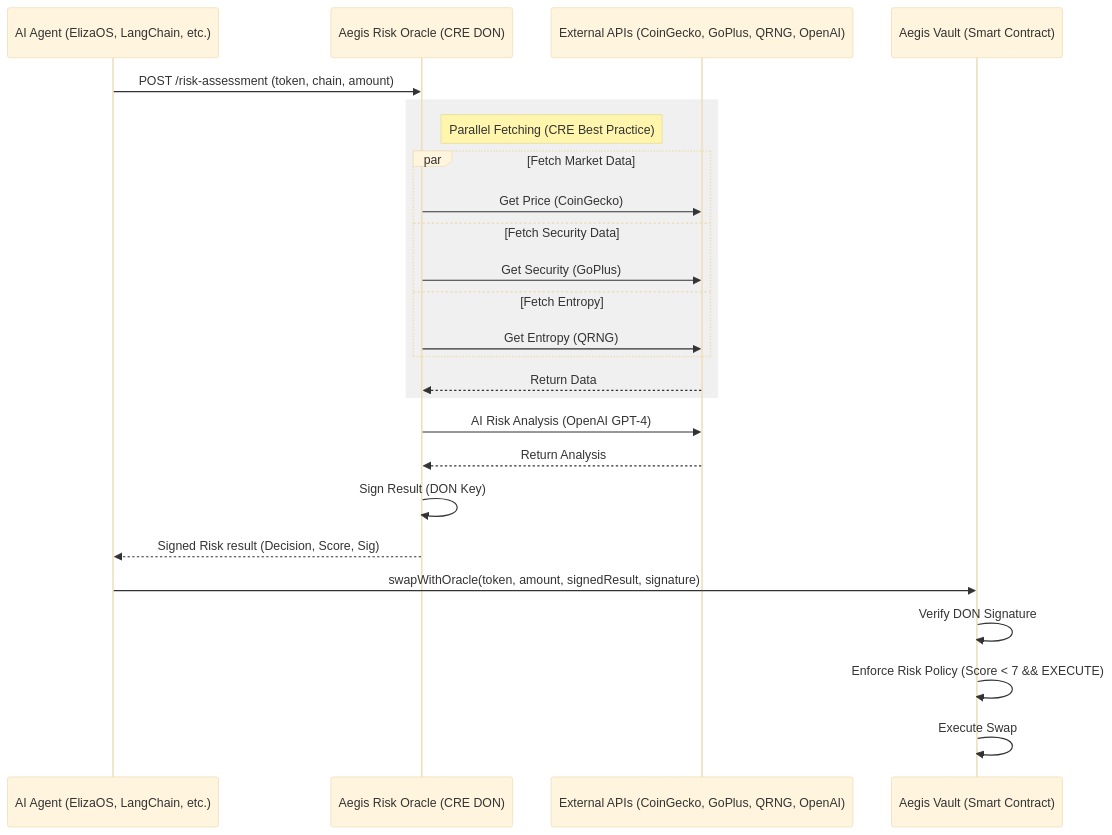
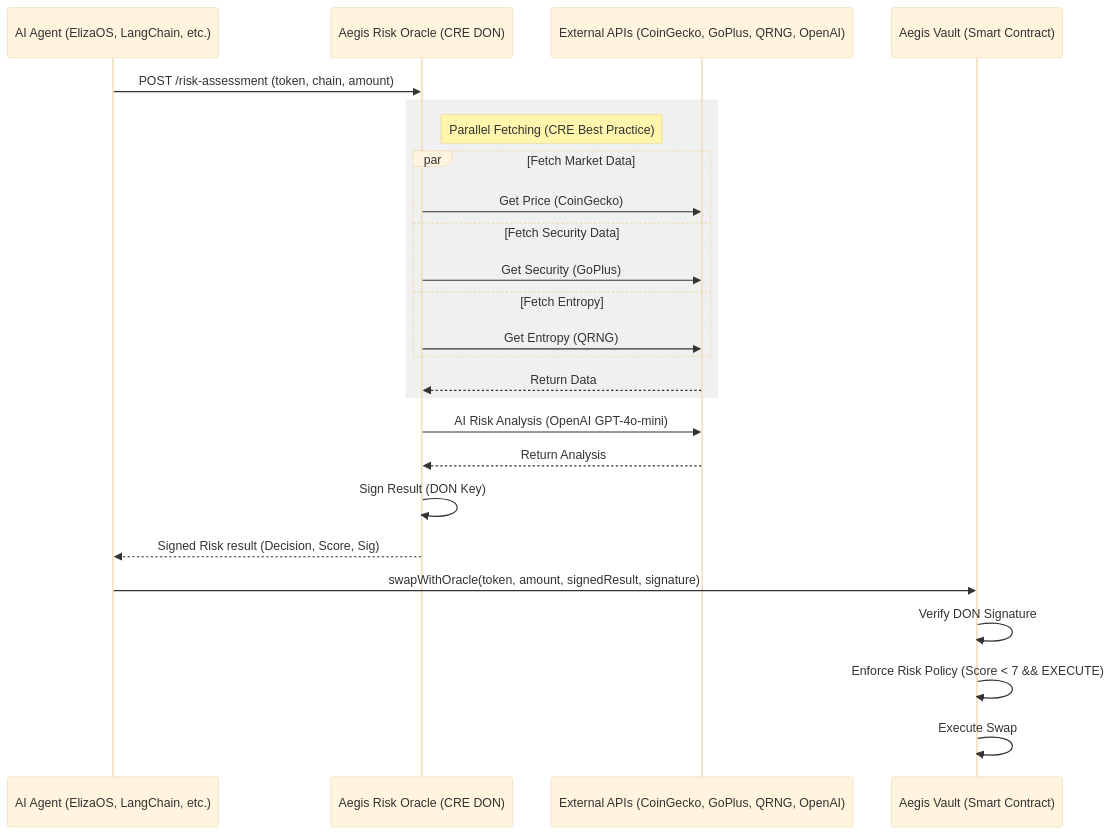
One commit to vjb/aegis-risk-oracle changed the second of 3 diagrams in README.md. Above: the diagram before and after it, drawn with Mermaid (base theme). The commit also changed other lines of this file, not shown here.

````diff
--- a/README.md
+++ b/README.md
@@ -56,32 +67,32 @@
 ```mermaid
 sequenceDiagram
     participant Agent as AI Agent (ElizaOS, LangChain, etc.)
     participant Oracle as Aegis Risk Oracle (CRE DON)
     participant APIs as External APIs (CoinGecko, GoPlus, QRNG, OpenAI)
     participant Vault as Aegis Vault (Smart Contract)
 
     Agent->>Oracle: POST /risk-assessment (token, chain, amount)
     
     rect rgb(240, 240, 240)
     note right of Oracle: Parallel Fetching (CRE Best Practice)
     par Fetch Market Data
         Oracle->>APIs: Get Price (CoinGecko)
     and Fetch Security Data
         Oracle->>APIs: Get Security (GoPlus)
     and Fetch Entropy
         Oracle->>APIs: Get Entropy (QRNG)
     end
     APIs-->>Oracle: Return Data
     end
 
-    Oracle->>APIs: AI Risk Analysis (OpenAI GPT-4)
+    Oracle->>APIs: AI Risk Analysis (OpenAI GPT-4o-mini)
     APIs-->>Oracle: Return Analysis
     
     Oracle->>Oracle: Sign Result (DON Key)
     Oracle-->>Agent: Signed Risk result (Decision, Score, Sig)
     
     Agent->>Vault: swapWithOracle(token, amount, signedResult, signature)
     Vault->>Vault: Verify DON Signature
     Vault->>Vault: Enforce Risk Policy (Score < 7 && EXECUTE)
     Vault->>Vault: Execute Swap
 ```
````
